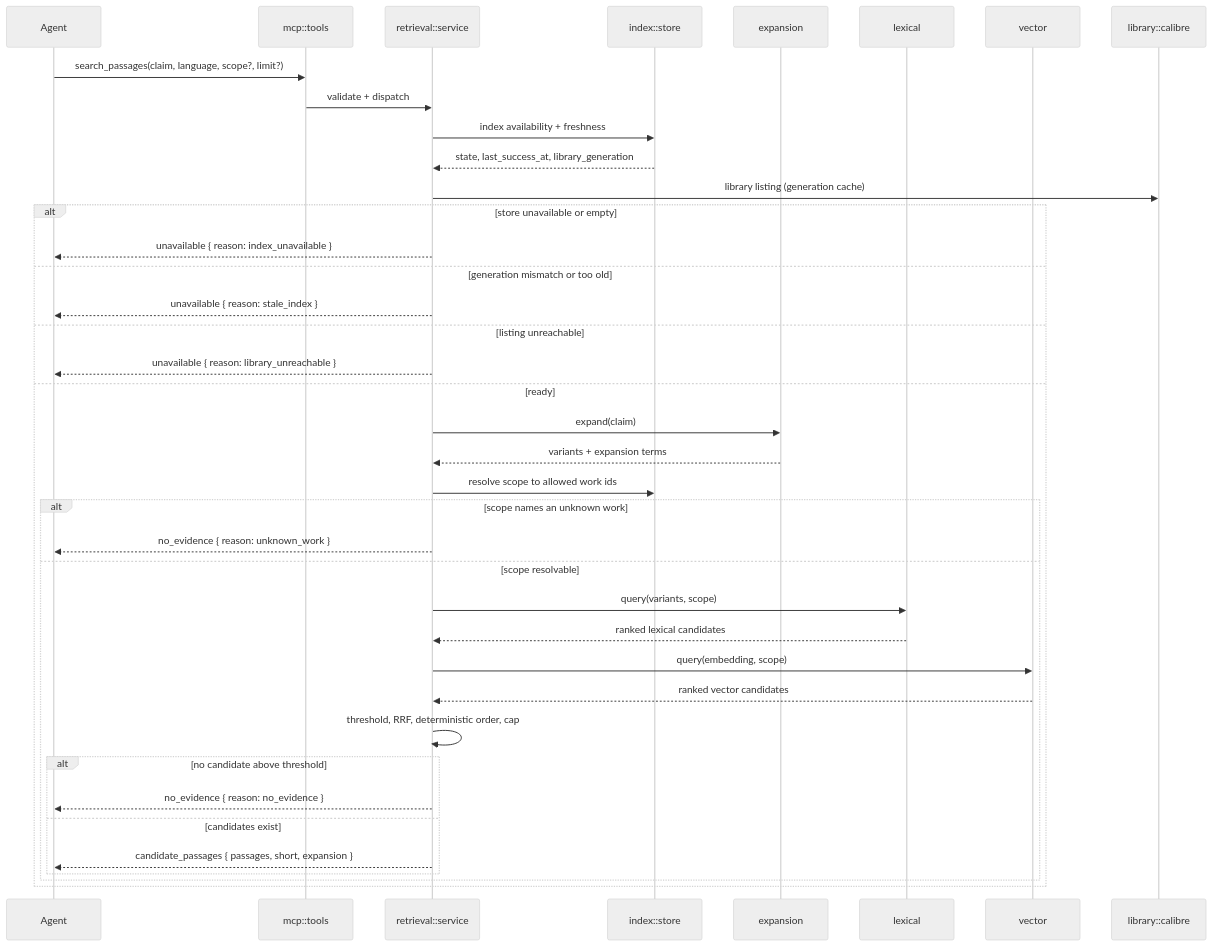
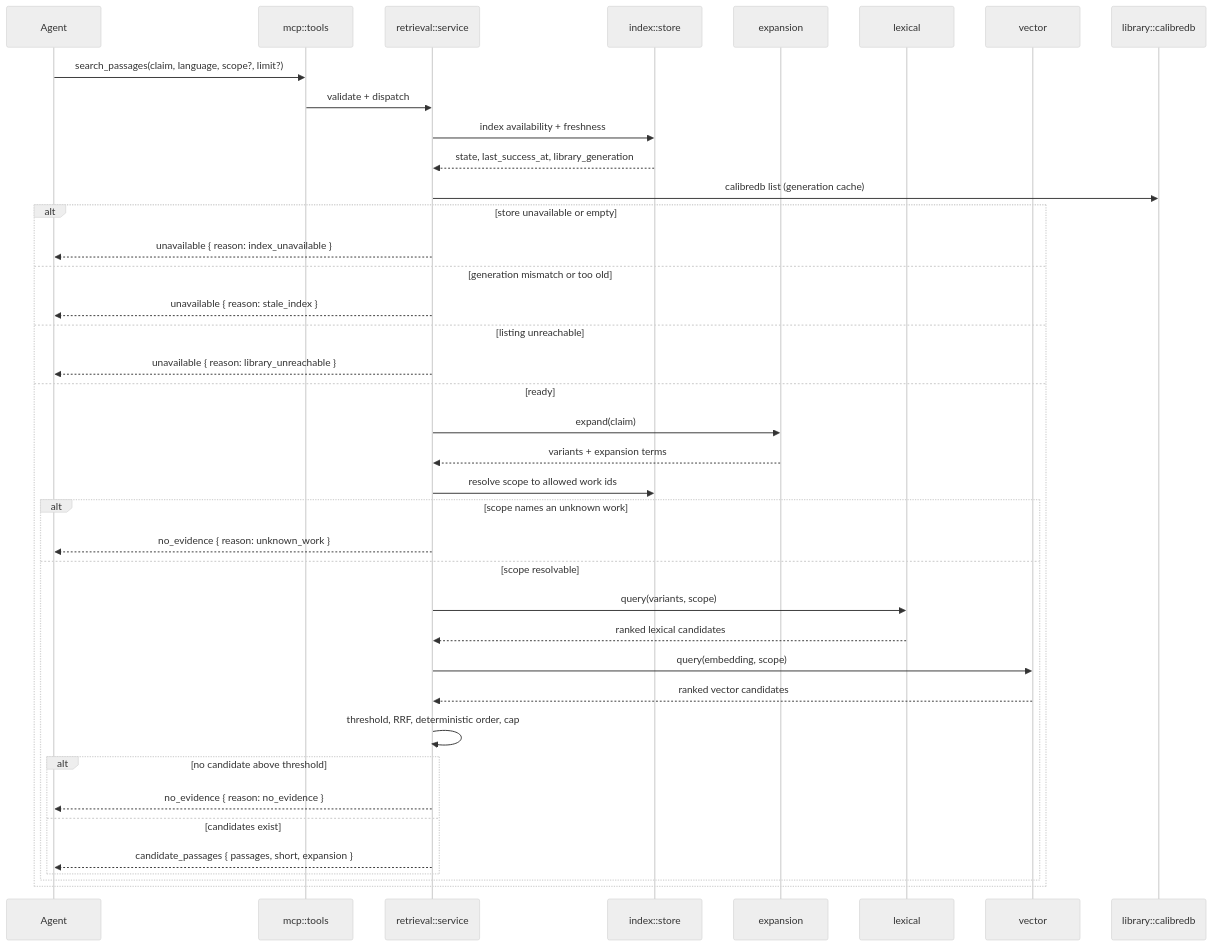
The second of 4 diagrams in givn/changes/passage-retrieval/design.md (kressnerd/lesefrucht), drawn with Mermaid (neutral theme) before and after one commit. The commit also changed other lines of this file and 23 other files, not shown here.

````diff
--- a/givn/changes/passage-retrieval/design.md
+++ b/givn/changes/passage-retrieval/design.md
@@ -159,42 +174,42 @@
 ```mermaid
 sequenceDiagram
   participant A as Agent
   participant M as mcp::tools
   participant S as retrieval::service
   participant St as index::store
   participant E as expansion
   participant L as lexical
   participant V as vector
-  participant C as library::calibre
+  participant C as library::calibredb
 
   A->>M: search_passages(claim, language, scope?, limit?)
   M->>S: validate + dispatch
   S->>St: index availability + freshness
   St-->>S: state, last_success_at, library_generation
-  S->>C: library listing (generation cache)
+  S->>C: calibredb list (generation cache)
   alt store unavailable or empty
     S-->>A: unavailable { reason: index_unavailable }
   else generation mismatch or too old
     S-->>A: unavailable { reason: stale_index }
   else listing unreachable
     S-->>A: unavailable { reason: library_unreachable }
   else ready
     S->>E: expand(claim)
     E-->>S: variants + expansion terms
     S->>St: resolve scope to allowed work ids
     alt scope names an unknown work
       S-->>A: no_evidence { reason: unknown_work }
     else scope resolvable
       S->>L: query(variants, scope)
       L-->>S: ranked lexical candidates
       S->>V: query(embedding, scope)
       V-->>S: ranked vector candidates
       S->>S: threshold, RRF, deterministic order, cap
       alt no candidate above threshold
         S-->>A: no_evidence { reason: no_evidence }
       else candidates exist
         S-->>A: candidate_passages { passages, short, expansion }
       end
     end
   end
 ```
````
